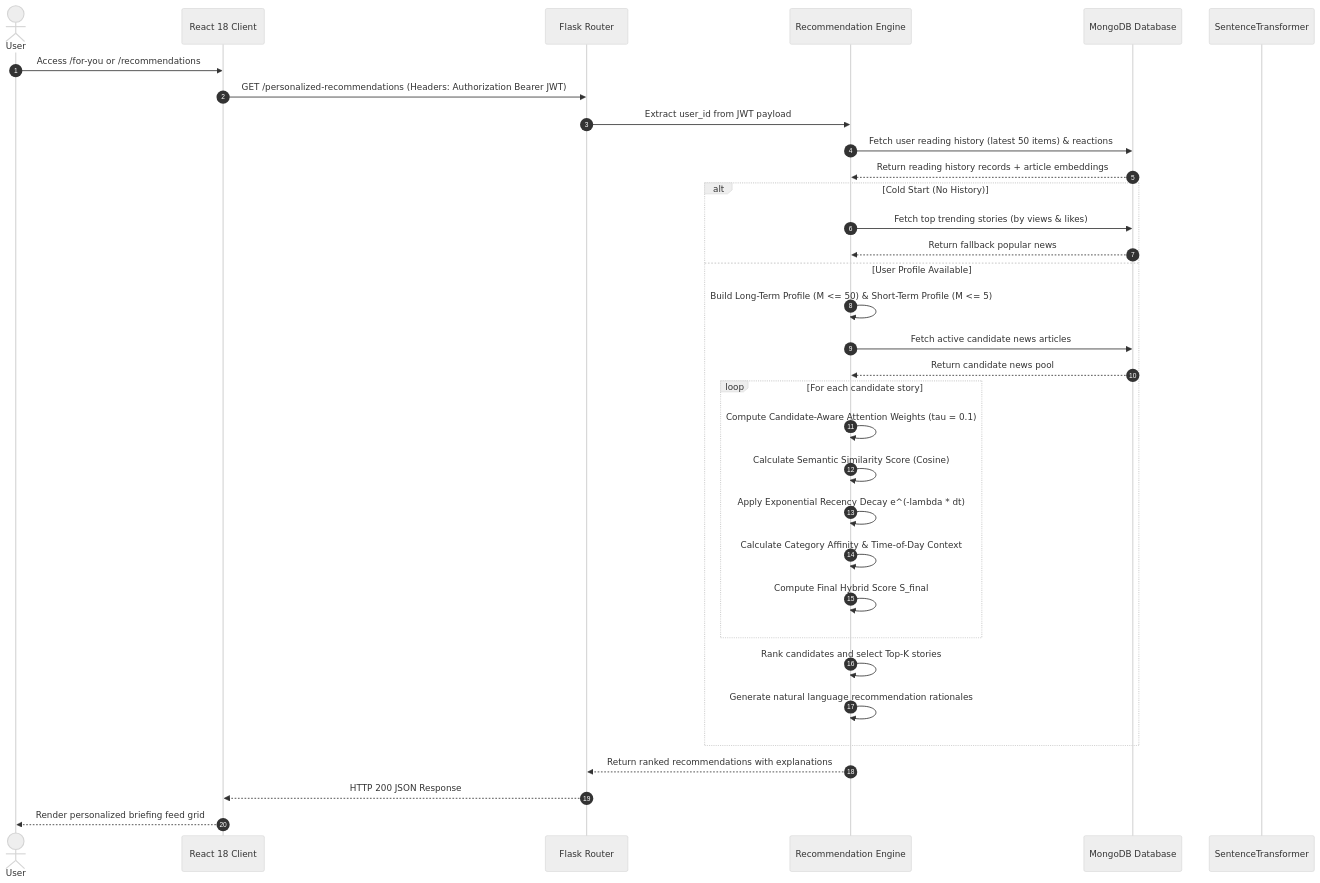
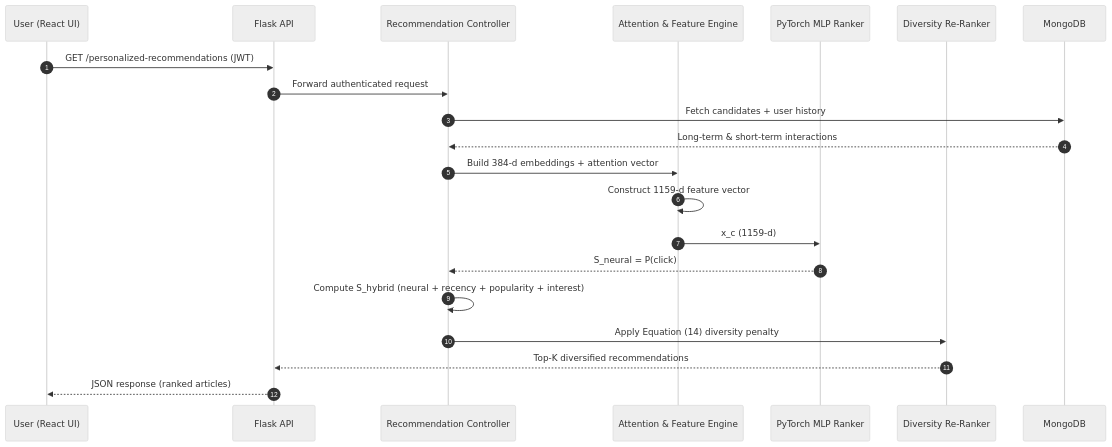
Before and after one commit to srinivas-kandimalla/News_Recommendation_System: the second of 5 diagrams in README.md, drawn with Mermaid (neutral theme). The commit also changed other lines of this file and 21 other files, not shown here.

````diff
--- a/README.md
+++ b/README.md
@@ -148,40 +111,24 @@
 ```mermaid
 sequenceDiagram
     autonumber
-    actor User
-    participant Frontend as React 18 Client
-    participant Router as Flask Router
-    participant RecEngine as Recommendation Engine
-    participant MongoDB as MongoDB Database
-    participant Transformer as SentenceTransformer
+    participant U as User (React UI)
+    participant API as Flask API
+    participant CTRL as Recommendation Controller
+    participant NLP as Attention & Feature Engine
+    participant MLP as PyTorch MLP Ranker
+    participant DIV as Diversity Re-Ranker
+    participant DB as MongoDB
 
-    User->>Frontend: Access /for-you or /recommendations
-    Frontend->>Router: GET /personalized-recommendations (Headers: Authorization Bearer JWT)
-    Router->>RecEngine: Extract user_id from JWT payload
-    RecEngine->>MongoDB: Fetch user reading history (latest 50 items) & reactions
-    MongoDB-->>RecEngine: Return reading history records + article embeddings
-    
-    alt Cold Start (No History)
-        RecEngine->>MongoDB: Fetch top trending stories (by views & likes)
-        MongoDB-->>RecEngine: Return fallback popular news
-    else User Profile Available
-        RecEngine->>RecEngine: Build Long-Term Profile (M <= 50) & Short-Term Profile (M <= 5)
-        RecEngine->>MongoDB: Fetch active candidate news articles
-        MongoDB-->>RecEngine: Return candidate news pool
-        
-        loop For each candidate story
-            RecEngine->>RecEngine: Compute Candidate-Aware Attention Weights (tau = 0.1)
-            RecEngine->>RecEngine: Calculate Semantic Similarity Score (Cosine)
-            RecEngine->>RecEngine: Apply Exponential Recency Decay e^(-lambda * dt)
-            RecEngine->>RecEngine: Calculate Category Affinity & Time-of-Day Context
-            RecEngine->>RecEngine: Compute Final Hybrid Score S_final
-        end
-        
-        RecEngine->>RecEngine: Rank candidates and select Top-K stories
-        RecEngine->>RecEngine: Generate natural language recommendation rationales
-    end
-
-    RecEngine-->>Router: Return ranked recommendations with explanations
-    Router-->>Frontend: HTTP 200 JSON Response
-    Frontend-->>User: Render personalized briefing feed grid
+    U->>API: GET /personalized-recommendations (JWT)
+    API->>CTRL: Forward authenticated request
+    CTRL->>DB: Fetch candidates + user history
+    DB-->>CTRL: Long-term & short-term interactions
+    CTRL->>NLP: Build 384-d embeddings + attention vector
+    NLP->>NLP: Construct 1159-d feature vector
+    NLP->>MLP: x_c (1159-d)
+    MLP-->>CTRL: S_neural = P(click)
+    CTRL->>CTRL: Compute S_hybrid (neural + recency + popularity + interest)
+    CTRL->>DIV: Apply Equation (14) diversity penalty
+    DIV-->>API: Top-K diversified recommendations
+    API-->>U: JSON response (ranked articles)
 ```
````
